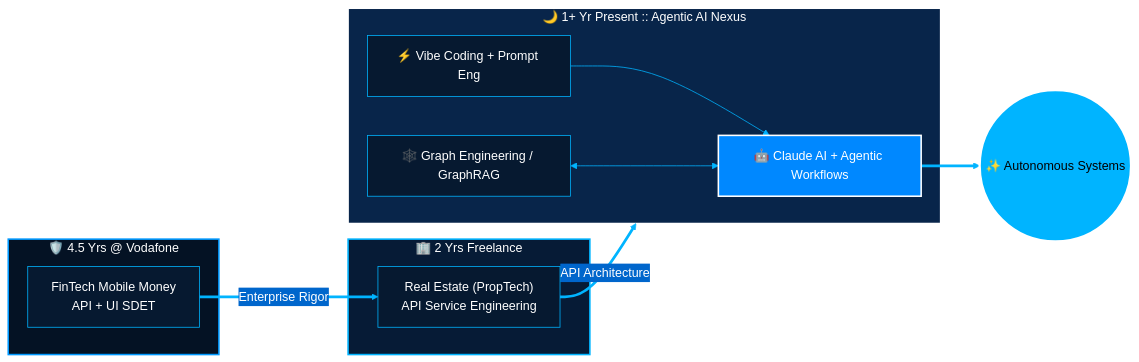
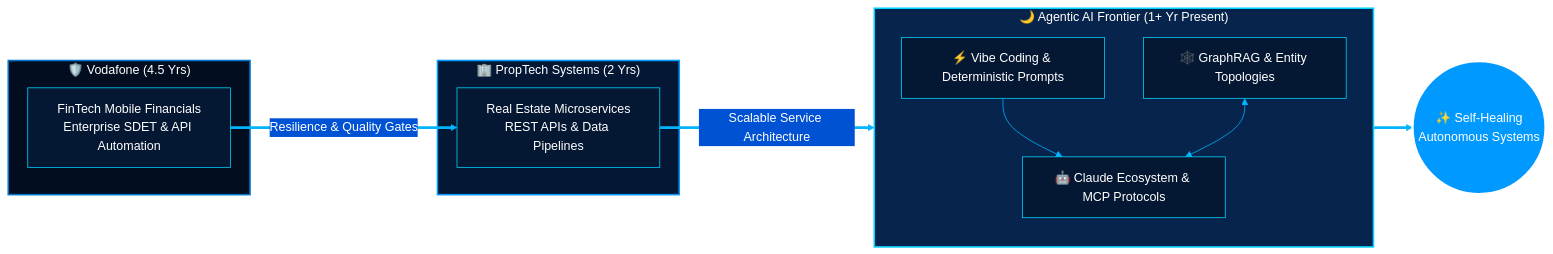
Before and after one commit to UyCoder/UyCoder: the diagram in README.md, drawn with Mermaid. The commit also changed other lines of this file, not shown here.

````diff
--- a/README.md
+++ b/README.md
@@ -69,29 +98,29 @@
 ```mermaid
-%%{init: {'theme': 'base', 'themeVariables': { 'primaryColor': '#061930', 'primaryTextColor': '#ffffff', 'primaryBorderColor': '#00B4FF', 'lineColor': '#00B4FF', 'secondaryColor': '#0066CC', 'tertiaryColor': '#041020'}}}%%
+%%{init: {'theme': 'base', 'themeVariables': { 'primaryColor': '#051833', 'primaryTextColor': '#ffffff', 'primaryBorderColor': '#00D2FF', 'lineColor': '#00B4FF', 'secondaryColor': '#0052D4', 'tertiaryColor': '#020D1A'}}}%%
 graph LR
-    subgraph STAGE_1 ["🛡️ 4.5 Yrs @ Vodafone"]
-        VF["FinTech Mobile Money<br/>API + UI SDET"]
+    subgraph STAGE_1 ["🛡️ Vodafone (4.5 Yrs)"]
+        VF["FinTech Mobile Financials<br/>Enterprise SDET & API Automation"]
     end
 
-    subgraph STAGE_2 ["🏢 2 Yrs Freelance"]
-        RE["Real Estate (PropTech)<br/>API Service Engineering"]
+    subgraph STAGE_2 ["🏢 PropTech Systems (2 Yrs)"]
+        RE["Real Estate Microservices<br/>REST APIs & Data Pipelines"]
     end
 
-    subgraph STAGE_3 ["🌙 1+ Yr Present :: Agentic AI Nexus"]
-        AI["🤖 Claude AI + Agentic Workflows"]
-        VC["⚡ Vibe Coding + Prompt Eng"]
-        GR["🕸️ Graph Engineering / GraphRAG"]
+    subgraph STAGE_3 ["🌙 Agentic AI Frontier (1+ Yr Present)"]
+        direction TB
+        AI["🤖 Claude Ecosystem & MCP Protocols"]
+        VC["⚡ Vibe Coding & Deterministic Prompts"]
+        GR["🕸️ GraphRAG & Entity Topologies"]
         VC --> AI
         GR <--> AI
     end
 
-    VF ==>|Enterprise Rigor| RE
-    RE ==>|API Architecture| STAGE_3
-    AI ==> OUT(("✨ Autonomous Systems"))
+    VF ==>|Resilience & Quality Gates| RE
+    RE ==>|Scalable Service Architecture| STAGE_3
+    STAGE_3 ==> OUT(("✨ Self-Healing<br/>Autonomous Systems"))
 
-    style STAGE_1 fill:#041224,stroke:#0099FF,stroke-width:2px,color:#ffffff
-    style STAGE_2 fill:#061B36,stroke:#00B4FF,stroke-width:2px,color:#ffffff
-    style STAGE_3 fill:#08254A,stroke:#FFFFFF,stroke-width:2px,color:#ffffff
-    style AI fill:#0088FF,stroke:#ffffff,stroke-width:2px,color:#ffffff
-    style OUT fill:#00B4FF,stroke:#ffffff,stroke-width:3px,color:#000000
+    style STAGE_1 fill:#020E1F,stroke:#0077CC,stroke-width:2px,color:#ffffff
+    style STAGE_2 fill:#041836,stroke:#0099FF,stroke-width:2px,color:#ffffff
+    style STAGE_3 fill:#07244D,stroke:#00D2FF,stroke-width:2px,color:#ffffff
+    style OUT fill:#0099FF,stroke:#FFFFFF,stroke-width:3px,color:#FFFFFF
 ```
````
